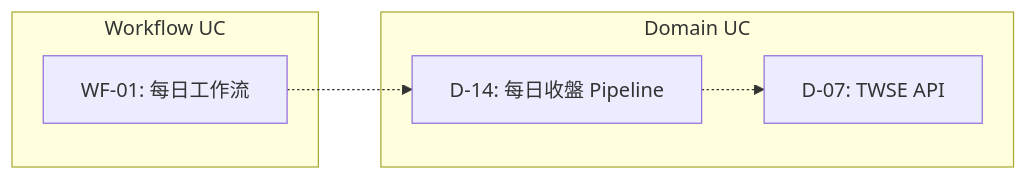
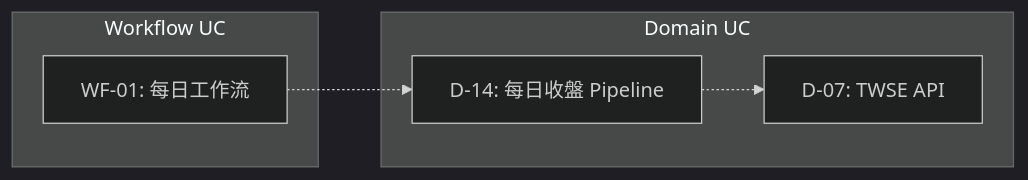
Before and after one commit to ChiahungTai/ai-rules: the diagram in commands/claude/daily-maintain.md, drawn with Mermaid. The commit also changed other lines of this file, not shown here.

First line of the commit message:
docs(commands): daily-maintain 新增 Mermaid 暗色主題約束

````diff
--- a/commands/claude/daily-maintain.md
+++ b/commands/claude/daily-maintain.md
@@ -64,12 +66,13 @@
 ```mermaid
+%%{init: {'theme': 'dark'}}%%
 graph LR
   subgraph Domain UC
     D-14["D-14: 每日收盤 Pipeline"]
     D-07["D-07: TWSE API"]
   end
   subgraph Workflow UC
     WF-01["WF-01: 每日工作流"]
   end
   WF-01 -.-> D-14
   D-14 -.-> D-07
 ```
````
